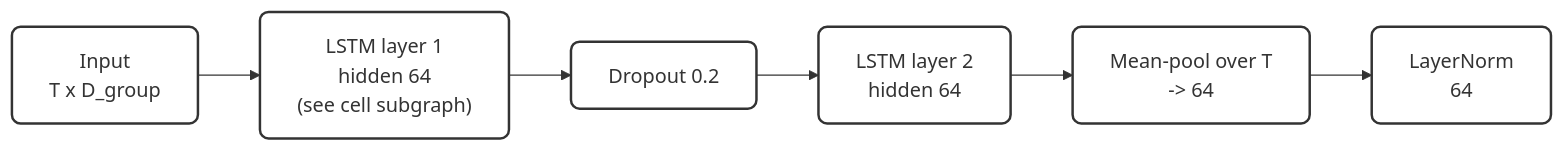
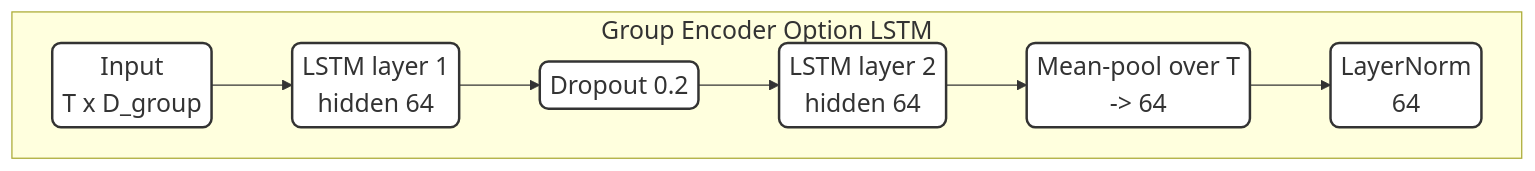
Diagram 12 of 12 in documents/thesis/diagrams_mermaid.md (hoa2004st/CNN-in-CMOSE), drawn with Mermaid before and after one commit. The commit also changed other lines of this file and 29 other files, not shown here.

Commit message:
re-draw diagram, remove line wrap

````diff
--- a/documents/thesis/diagrams_mermaid.md
+++ b/documents/thesis/diagrams_mermaid.md
@@ -258,9 +350,23 @@
 ```mermaid
+---
+config:
+  themeVariables:
+    fontSize: 20px
+  flowchart:
+    padding: 4
+    nodeSpacing: 30
+    rankSpacing: 40
+---
 flowchart LR
-    c1["Input\nT x D_group"] --> cl1["LSTM layer 1\nhidden 64\n(see cell subgraph)"]
-    cl1 --> cld["Dropout 0.2"]
-    cld --> cl2["LSTM layer 2\nhidden 64"]
-    cl2 --> c3["Mean-pool over T\n-> 64"]
-    c3 --> c4["LayerNorm\n64"]
-    classDef default fill:#ffffff,stroke:#333,stroke-width:2px,rx:7px,ry:7px
+    subgraph ENC["Group Encoder Option LSTM"]
+        direction LR
+        c1["Input\nT x D_group"] --> cl1["LSTM layer 1\nhidden 64"]
+        cl1 --> cld["Dropout 0.2"]
+        cld --> cl2["LSTM layer 2\nhidden 64"]
+        cl2 --> c3["Mean-pool over T\n-> 64"]
+        c3 --> c4["LayerNorm\n64"]
+        classDef default fill:#ffffff,stroke:#333,stroke-width:2px,rx:7px,ry:7px
+        classDef op fill:none,stroke:none,font-size:60px
+        end
+
 ```
````
